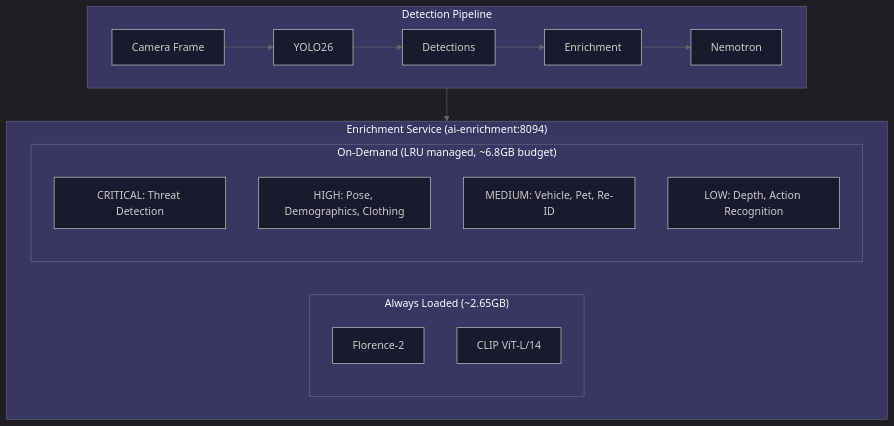
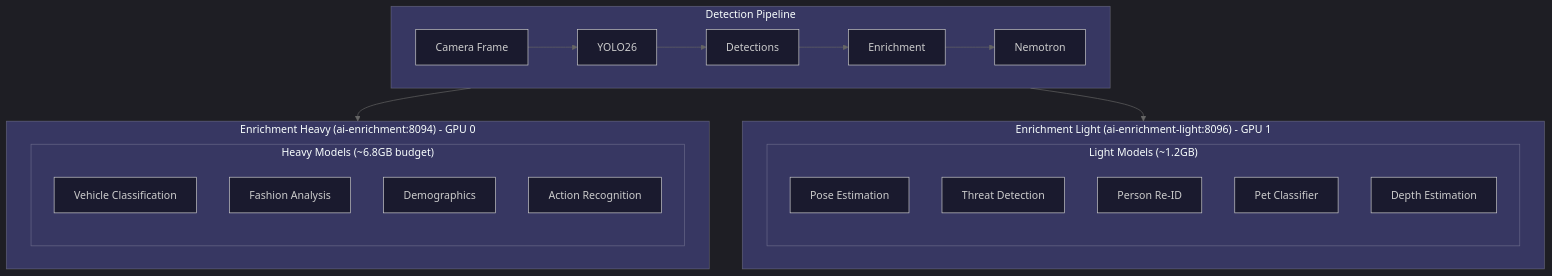
One commit to mikesvoboda/nemotron-v3-home-security-intelligence changed the first of 2 diagrams in docs/ai/model-zoo.md. Above: the diagram before and after it, drawn with Mermaid. The commit also changed other lines of this file and 4 other files, not shown here.

````diff
--- a/docs/ai/model-zoo.md
+++ b/docs/ai/model-zoo.md
@@ -14,37 +14,44 @@
 ```mermaid
 %%{init: {
   'theme': 'dark',
   'themeVariables': {
     'primaryColor': '#3B82F6',
     'primaryTextColor': '#FFFFFF',
     'primaryBorderColor': '#60A5FA',
     'secondaryColor': '#A855F7',
     'tertiaryColor': '#009688',
     'background': '#121212',
     'mainBkg': '#1a1a2e',
     'lineColor': '#666666'
   }
 }}%%
 flowchart TB
     subgraph Pipeline["Detection Pipeline"]
         CAM[Camera Frame] --> YOLO[YOLO26]
         YOLO --> DET[Detections]
         DET --> ENR[Enrichment]
         ENR --> NEM[Nemotron]
     end
 
-    subgraph Enrichment["Enrichment Service (ai-enrichment:8094)"]
-        subgraph Always["Always Loaded (~2.65GB)"]
-            FLOR[Florence-2]
-            CLIP[CLIP ViT-L/14]
-        end
-        subgraph OnDemand["On-Demand (LRU managed, ~6.8GB budget)"]
-            CRIT["CRITICAL: Threat Detection"]
-            HIGH["HIGH: Pose, Demographics, Clothing"]
-            MED["MEDIUM: Vehicle, Pet, Re-ID"]
-            LOW["LOW: Depth, Action Recognition"]
+    subgraph EnrichmentHeavy["Enrichment Heavy (ai-enrichment:8094) - GPU 0"]
+        subgraph HeavyModels["Heavy Models (~6.8GB budget)"]
+            VEHICLE[Vehicle Classification]
+            FASHION[Fashion Analysis]
+            DEMO[Demographics]
+            ACTION[Action Recognition]
         end
     end
 
-    Pipeline --> Enrichment
+    subgraph EnrichmentLight["Enrichment Light (ai-enrichment-light:8096) - GPU 1"]
+        subgraph LightModels["Light Models (~1.2GB)"]
+            POSE[Pose Estimation]
+            THREAT[Threat Detection]
+            REID[Person Re-ID]
+            PET[Pet Classifier]
+            DEPTH[Depth Estimation]
+        end
+    end
+
+    Pipeline --> EnrichmentHeavy
+    Pipeline --> EnrichmentLight
 ```
````
